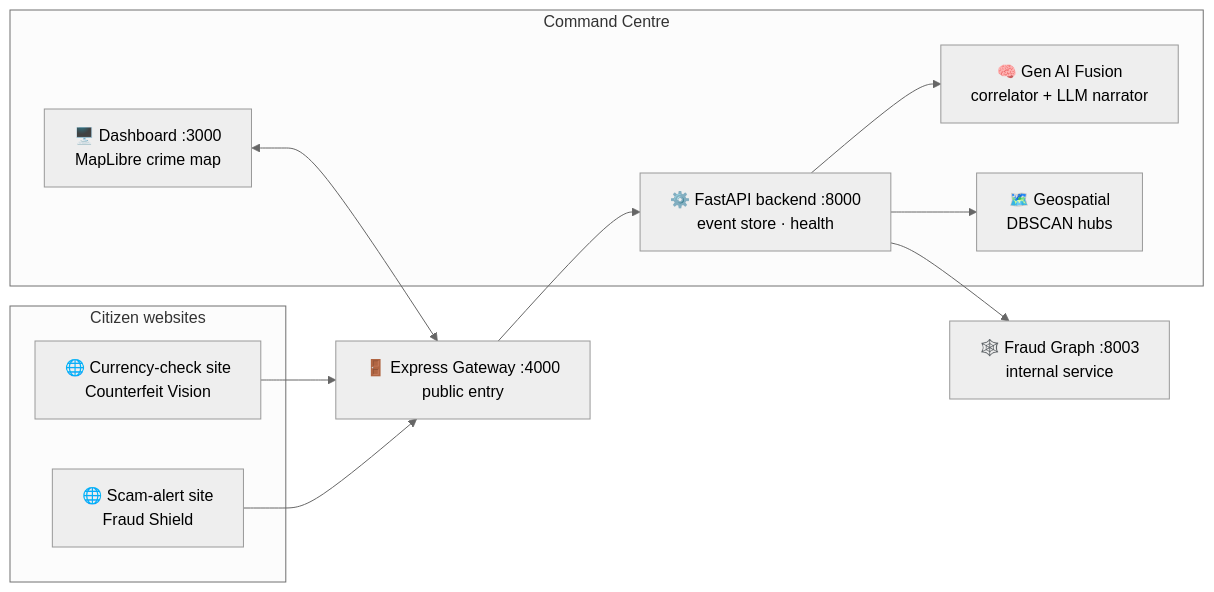
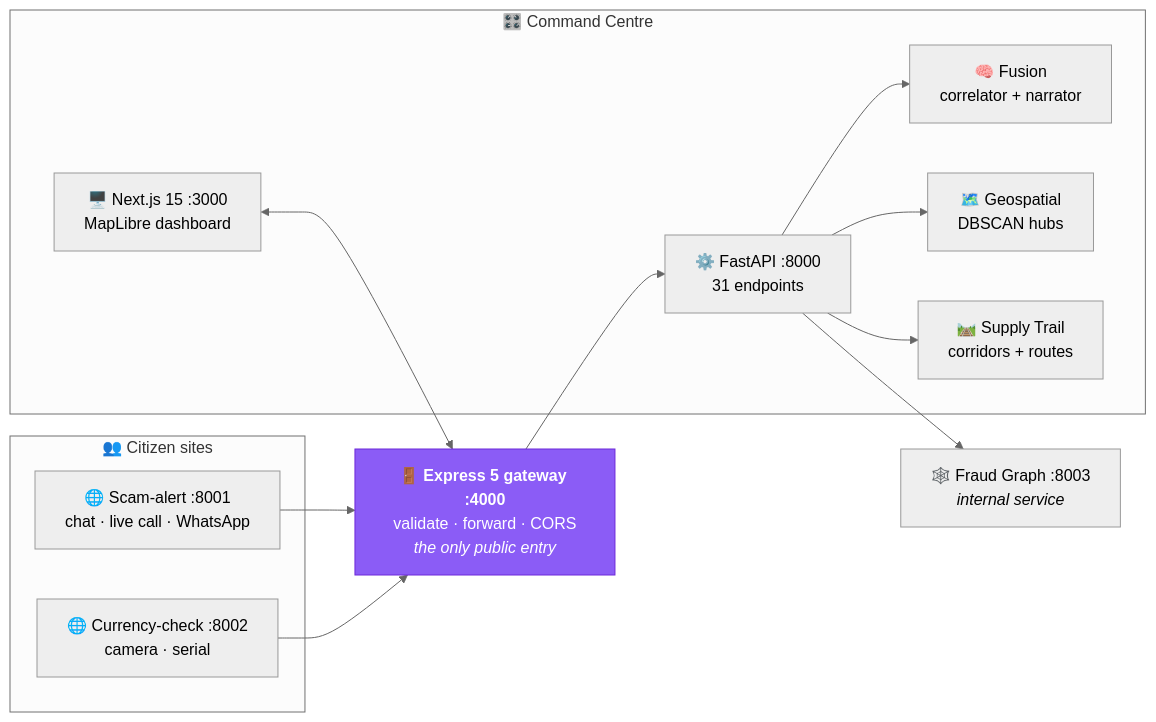
Before and after one commit to prayag-1771/Aegis: the second of 2 diagrams in README.md, drawn with Mermaid (neutral theme). The commit also changed other lines of this file, not shown here.

Commit message:
docs: rewrite README — innovations, connection map, measured results, module internals

````diff
--- a/README.md
+++ b/README.md
@@ -96,18 +312,22 @@
 ```mermaid
 flowchart LR
-    subgraph citizens["Citizen websites"]
-        W1["🌐 Currency-check site<br/>Counterfeit Vision"]
-        W2["🌐 Scam-alert site<br/>Fraud Shield"]
+    subgraph citizens["👥 Citizen sites"]
+        W1["🌐 Scam-alert :8001<br/>chat · live call · WhatsApp"]
+        W2["🌐 Currency-check :8002<br/>camera · serial"]
     end
-    FG["🕸️ Fraud Graph :8003<br/>internal service"]
-    GW["🚪 Express Gateway :4000<br/>public entry"]
-    subgraph cc["Command Centre"]
-        BE["⚙️ FastAPI backend :8000<br/>event store · health"]
-        FU["🧠 Gen AI Fusion<br/>correlator + LLM narrator"]
+    GW["🚪 <b>Express 5 gateway :4000</b><br/>validate · forward · CORS<br/><i>the only public entry</i>"]
+    subgraph cc["🎛️ Command Centre"]
+        BE["⚙️ FastAPI :8000<br/>31 endpoints"]
+        FU["🧠 Fusion<br/>correlator + narrator"]
         GEO["🗺️ Geospatial<br/>DBSCAN hubs"]
-        FE["🖥️ Dashboard :3000<br/>MapLibre crime map"]
+        ST["🛤️ Supply Trail<br/>corridors + routes"]
+        FE["🖥️ Next.js 15 :3000<br/>MapLibre dashboard"]
     end
+    FG["🕸️ Fraud Graph :8003<br/><i>internal service</i>"]
+
     W1 & W2 --> GW --> BE
-    BE --> FG & FU & GEO
+    BE --> FG & FU & GEO & ST
     FE <--> GW
+
+    style GW fill:#8b5cf6,stroke:#6d28d9,color:#fff
 ```
````
